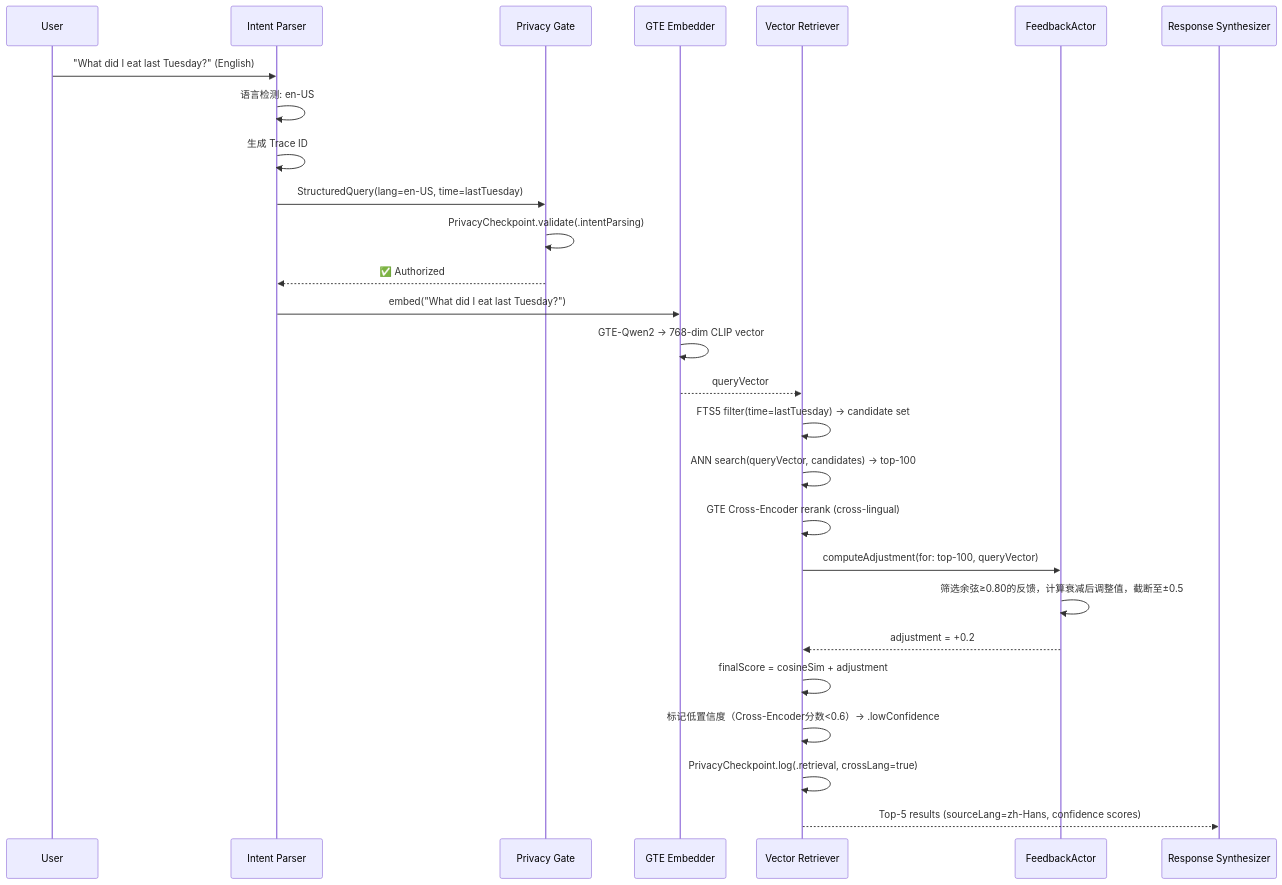
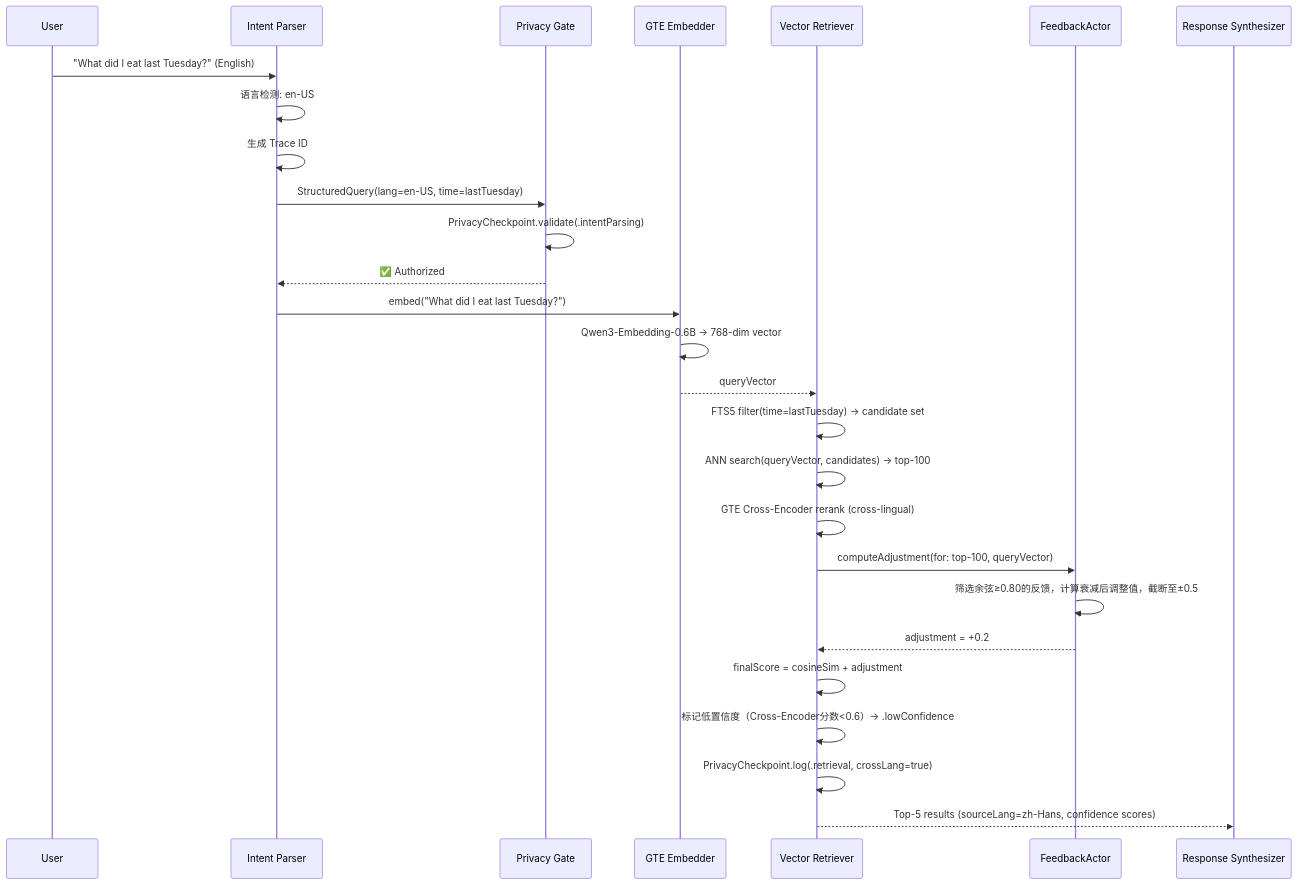
Before and after one commit to logan-suu/Echo: the second of 3 diagrams in docs/03-implementation/双语言实现说明文档.md, drawn with Mermaid. The commit also changed other lines of this file and 11 other files, not shown here.

````diff
--- a/docs/03-implementation/双语言实现说明文档.md
+++ b/docs/03-implementation/双语言实现说明文档.md
@@ -187,30 +187,30 @@
 ```mermaid
 sequenceDiagram
     participant U as User
     participant Parser as Intent Parser
     participant Gate as Privacy Gate
     participant Embed as GTE Embedder
     participant Retriever as Vector Retriever
     participant FB as FeedbackActor
     participant Synth as Response Synthesizer
 
     U->>Parser: "What did I eat last Tuesday?" (English)
     Parser->>Parser: 语言检测: en-US
     Parser->>Parser: 生成 Trace ID
     Parser->>Gate: StructuredQuery(lang=en-US, time=lastTuesday)
     Gate->>Gate: PrivacyCheckpoint.validate(.intentParsing)
     Gate-->>Parser: ✅ Authorized
     Parser->>Embed: embed("What did I eat last Tuesday?")
-    Embed->>Embed: GTE-Qwen2 → 768-dim CLIP vector
+    Embed->>Embed: Qwen3-Embedding-0.6B → 768-dim vector
     Embed-->>Retriever: queryVector
     Retriever->>Retriever: FTS5 filter(time=lastTuesday) → candidate set
     Retriever->>Retriever: ANN search(queryVector, candidates) → top-100
     Retriever->>Retriever: GTE Cross-Encoder rerank (cross-lingual)
     Retriever->>FB: computeAdjustment(for: top-100, queryVector)
     FB->>FB: 筛选余弦≥0.80的反馈，计算衰减后调整值，截断至±0.5
     FB-->>Retriever: adjustment = +0.2
     Retriever->>Retriever: finalScore = cosineSim + adjustment
     Retriever->>Retriever: 标记低置信度（Cross-Encoder分数<0.6）→ .lowConfidence
     Retriever->>Retriever: PrivacyCheckpoint.log(.retrieval, crossLang=true)
     Retriever-->>Synth: Top-5 results (sourceLang=zh-Hans, confidence scores)
 ```
````
